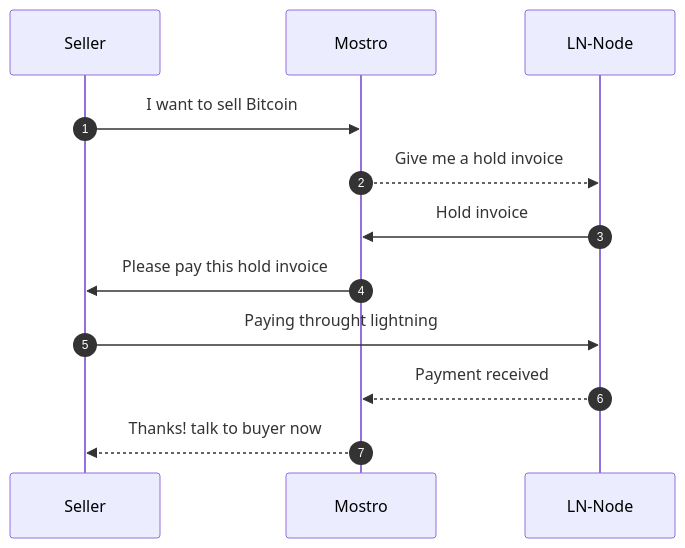
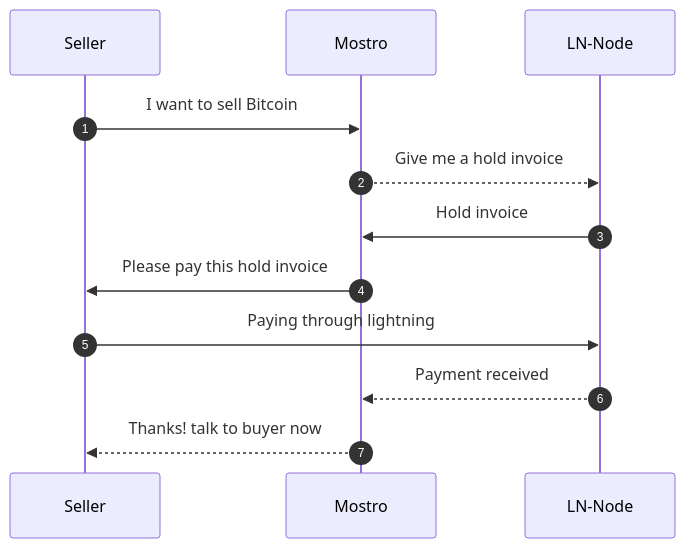
Before and after one commit to MostroP2P/mostro: the diagram in README.md, drawn with Mermaid. The commit also changed other lines of this file and 2 other files, not shown here.

````diff
--- a/README.md
+++ b/README.md
@@ -25,11 +25,11 @@
 ```mermaid
 sequenceDiagram
     autonumber
     Seller->>Mostro: I want to sell Bitcoin
     Mostro-->>LN-Node: Give me a hold invoice
     LN-Node->>Mostro: Hold invoice
     Mostro->>Seller: Please pay this hold invoice
-    Seller->>LN-Node: Paying throught lightning
+    Seller->>LN-Node: Paying through lightning
     LN-Node-->>Mostro: Payment received
     Mostro-->>Seller: Thanks! talk to buyer now
 ```
````
